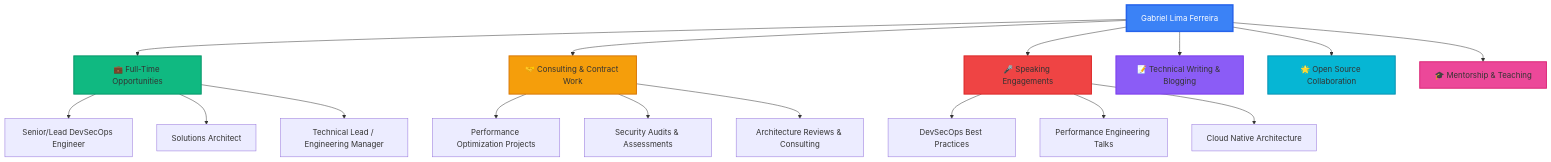
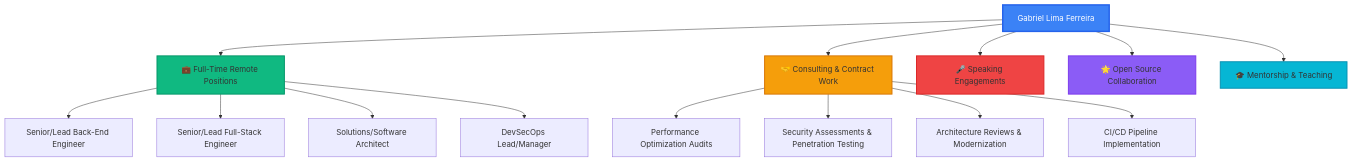
Before and after one commit to glferreira-devsecops/glferreira-devsecops: the third of 3 diagrams in README.md, drawn with Mermaid. The commit also changed other lines of this file, not shown here.

````diff
--- a/README.md
+++ b/README.md
@@ -1188,29 +842,25 @@
 ```mermaid
 graph TD
-    A[Gabriel Lima Ferreira] --> B[💼 Full-Time Opportunities]
+    A[Gabriel Lima Ferreira] --> B[💼 Full-Time Remote Positions]
     A --> C[🤝 Consulting & Contract Work]
     A --> D[🎤 Speaking Engagements]
-    A --> E[📝 Technical Writing & Blogging]
-    A --> F[🌟 Open Source Collaboration]
-    A --> G[🎓 Mentorship & Teaching]
+    A --> E[🌟 Open Source Collaboration]
+    A --> F[🎓 Mentorship & Teaching]
 
-    B --> H[Senior/Lead DevSecOps Engineer]
-    B --> I[Solutions Architect]
-    B --> J[Technical Lead / Engineering Manager]
+    B --> G[Senior/Lead Back-End Engineer]
+    B --> H[Senior/Lead Full-Stack Engineer]
+    B --> I[Solutions/Software Architect]
+    B --> J[DevSecOps Lead/Manager]
 
-    C --> K[Performance Optimization Projects]
-    C --> L[Security Audits & Assessments]
-    C --> M[Architecture Reviews & Consulting]
-
-    D --> N[DevSecOps Best Practices]
-    D --> O[Performance Engineering Talks]
-    D --> P[Cloud Native Architecture]
+    C --> K[Performance Optimization Audits]
+    C --> L[Security Assessments & Penetration Testing]
+    C --> M[Architecture Reviews & Modernization]
+    C --> N[CI/CD Pipeline Implementation]
 
     style A fill:#3B82F6,stroke:#2563EB,stroke-width:3px,color:#fff
     style B fill:#10B981,stroke:#059669,stroke-width:2px
     style C fill:#F59E0B,stroke:#D97706,stroke-width:2px
     style D fill:#EF4444,stroke:#DC2626,stroke-width:2px
     style E fill:#8B5CF6,stroke:#7C3AED,stroke-width:2px
     style F fill:#06B6D4,stroke:#0891B2,stroke-width:2px
-    style G fill:#EC4899,stroke:#DB2777,stroke-width:2px
 ```
````
